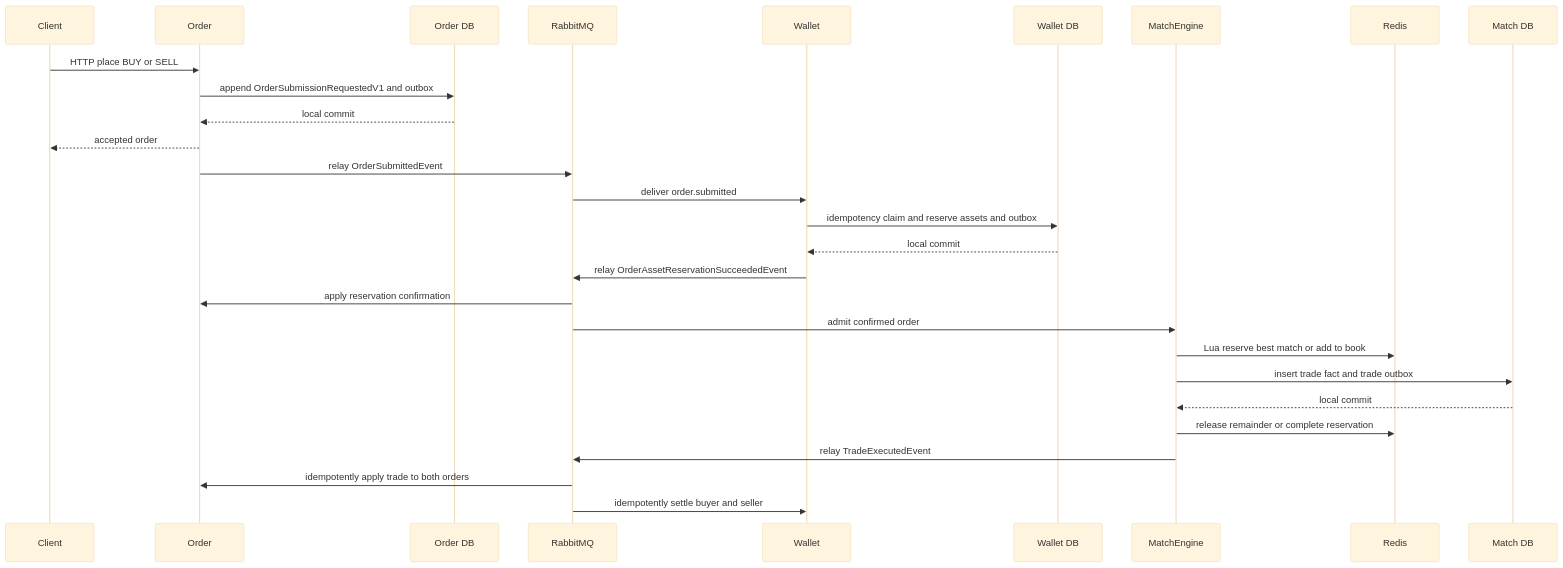
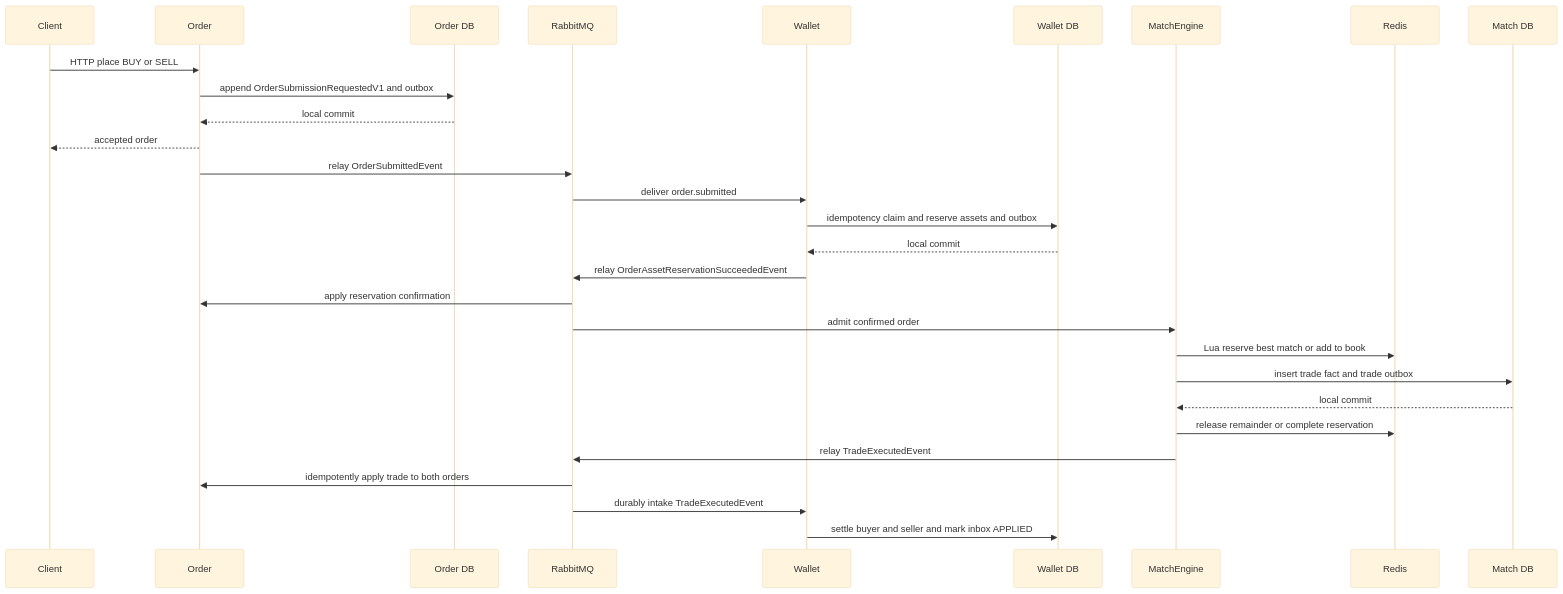
The fourth of 8 diagrams in docs/order-event-lifecycle.zh-TW.md (Yitin-tsai/eap-infra), drawn with Mermaid (base theme) before and after one commit. The commit also changed other lines of this file and 32 other files, not shown here.

````diff
--- a/docs/order-event-lifecycle.zh-TW.md
+++ b/docs/order-event-lifecycle.zh-TW.md
@@ -153,31 +153,32 @@
 ```mermaid
 sequenceDiagram
     participant C as Client
     participant O as Order
     participant ODB as Order DB
     participant MQ as RabbitMQ
     participant W as Wallet
     participant WDB as Wallet DB
     participant M as MatchEngine
     participant R as Redis
     participant MDB as Match DB
 
     C->>O: HTTP place BUY or SELL
     O->>ODB: append OrderSubmissionRequestedV1 and outbox
     ODB-->>O: local commit
     O-->>C: accepted order
     O->>MQ: relay OrderSubmittedEvent
     MQ->>W: deliver order.submitted
     W->>WDB: idempotency claim and reserve assets and outbox
     WDB-->>W: local commit
     W->>MQ: relay OrderAssetReservationSucceededEvent
     MQ->>O: apply reservation confirmation
     MQ->>M: admit confirmed order
     M->>R: Lua reserve best match or add to book
     M->>MDB: insert trade fact and trade outbox
     MDB-->>M: local commit
     M->>R: release remainder or complete reservation
     M->>MQ: relay TradeExecutedEvent
     MQ->>O: idempotently apply trade to both orders
-    MQ->>W: idempotently settle buyer and seller
+    MQ->>W: durably intake TradeExecutedEvent
+    W->>WDB: settle buyer and seller and mark inbox APPLIED
 ```
````
